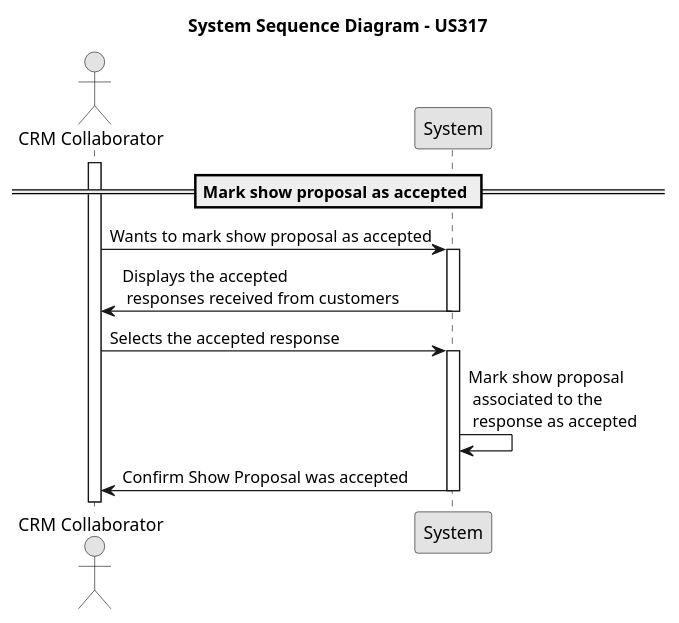
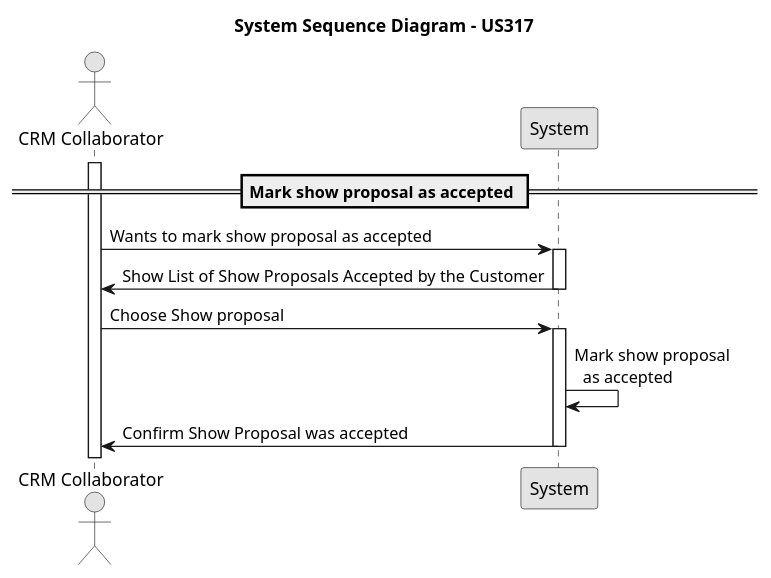
One commit to rubenFreitas1/ISEP-LAPR4-2024-2025 changed the diagram in docs/Sprint3/us_317/diagrams/system-sequence-diagram-US317.puml. Above: the diagram before and after it, drawn with PlantUML. The commit also changed 4 other files, not shown here.

```diff
--- a/docs/Sprint3/us_317/diagrams/system-sequence-diagram-US317.puml
+++ b/docs/Sprint3/us_317/diagrams/system-sequence-diagram-US317.puml
@@ -1,28 +1,28 @@
 @startuml
 skinparam monochrome true
 skinparam packageStyle rectangle
 skinparam shadowing false
 
 actor "CRM Collaborator" as crmCollaborator
 participant "System" as system
 
 title System Sequence Diagram - US317
 
 == Mark show proposal as accepted ==
 activate crmCollaborator
 
 crmCollaborator -> system : Wants to mark show proposal as accepted
 activate system
 
-system -> crmCollaborator : Displays the accepted\n responses received from customers
+system -> crmCollaborator :  Show List of Show Proposals Accepted by the Customer
 deactivate system
-crmCollaborator -> system : Selects the accepted response
+crmCollaborator -> system : Choose Show proposal
 
 activate system
-system -> system: Mark show proposal\n associated to the\n response as accepted
+system -> system: Mark show proposal\n  as accepted
 system -> crmCollaborator : Confirm Show Proposal was accepted
 deactivate system
 
 
 
 @enduml
```
